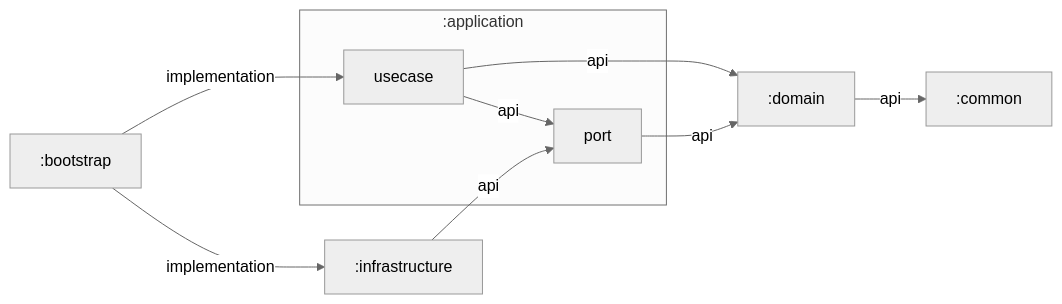
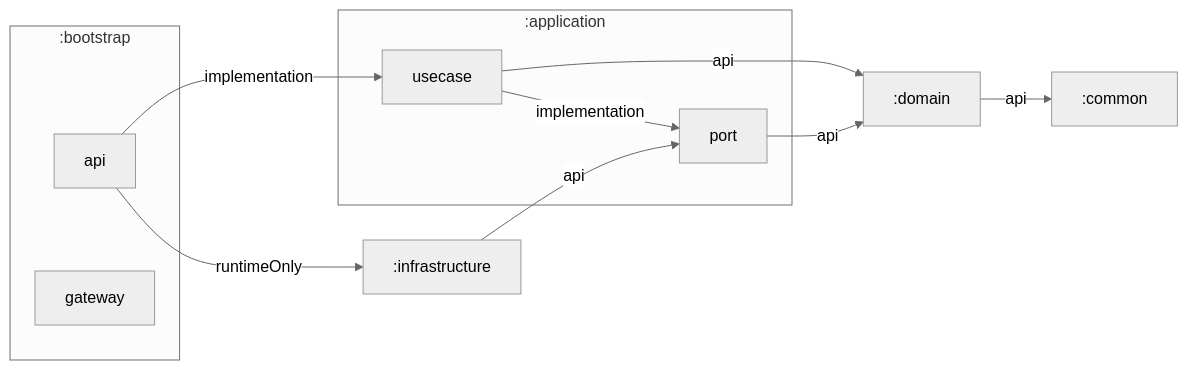
One commit to jincrates/coffeedia changed the first of 2 diagrams in backend/README.md. Above: the diagram before and after it, drawn with Mermaid. The commit also changed other lines of this file and 1 other file, not shown here.

Commit message:
docs: 모듈 그래프 수정

````diff
--- a/backend/README.md
+++ b/backend/README.md
@@ -19,20 +19,25 @@
 ```mermaid
 %%{
   init: {
     'theme': 'neutral'
   }
 }%%
 
 graph LR
   subgraph :application
     :application:port["port"]
     :application:usecase["usecase"]
   end
+  subgraph :bootstrap
+    :bootstrap:api["api"]
+    :bootstrap:gateway["gateway"]
+  end
   :domain -->|api| :common
+  :application:usecase -->|api| :domain
+  :application:usecase -->|implementation| :application:port
+  :application:port -->|api| :domain
+
   :infrastructure -->|api| :application:port
-  :bootstrap -->|implementation| :application:usecase
-  :bootstrap -->|implementation| :infrastructure
-  :application:usecase -->|api| :domain
-  :application:usecase -->|api| :application:port
-  :application:port -->|api| :domain
+  :bootstrap:api -->|implementation| :application:usecase
+  :bootstrap:api -->|runtimeOnly| :infrastructure
 ```
````
